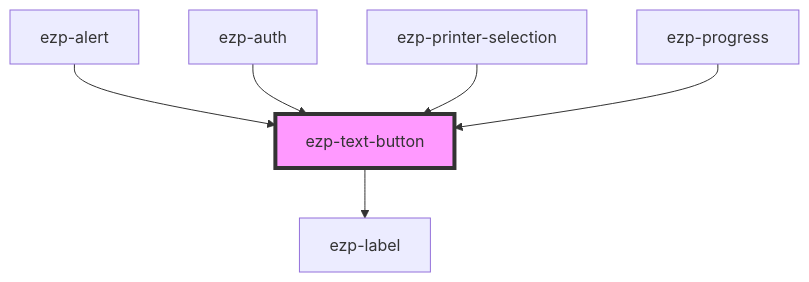
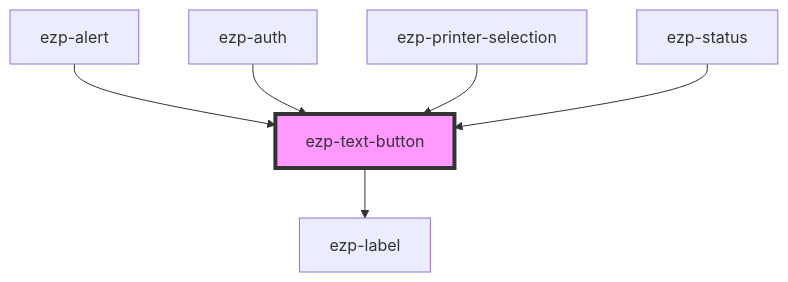
One commit to ezeep/ezeep-js changed the diagram in src/components/ezp-text-button/readme.md. Above: the diagram before and after it, drawn with Mermaid. The commit also changed other lines of this file and 12 other files, not shown here.

Commit message:
Rename progress component -> status

````diff
--- a/src/components/ezp-text-button/readme.md
+++ b/src/components/ezp-text-button/readme.md
@@ -32,9 +32,9 @@
 ```mermaid
 graph TD;
   ezp-text-button --> ezp-label
   ezp-alert --> ezp-text-button
   ezp-auth --> ezp-text-button
   ezp-printer-selection --> ezp-text-button
-  ezp-progress --> ezp-text-button
+  ezp-status --> ezp-text-button
   style ezp-text-button fill:#f9f,stroke:#333,stroke-width:4px
 ```
````
